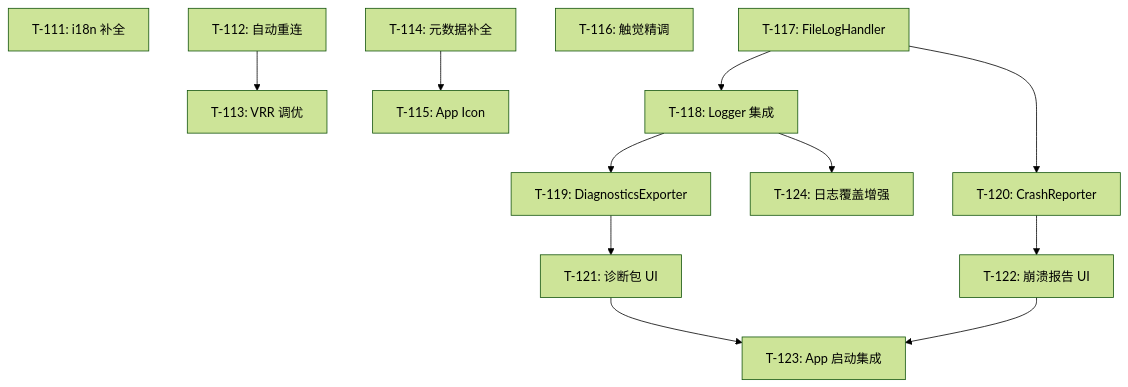
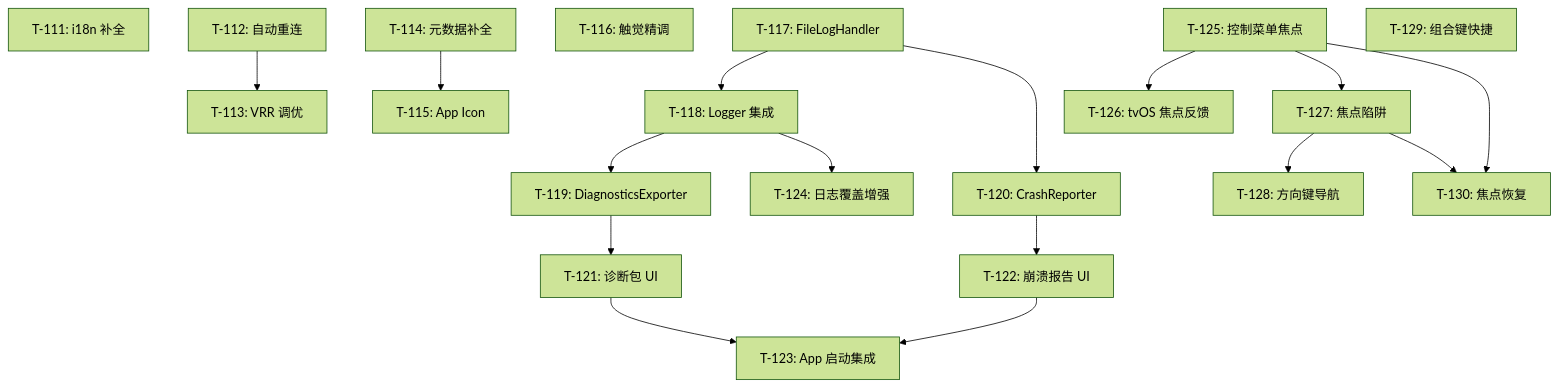
One commit to ab300819/chiaki-apple changed the diagram in docs/devdocs/04-dev-tasks.md. Above: the diagram before and after it, drawn with Mermaid (forest theme). The commit also changed other lines of this file and 2 other files, not shown here.

````diff
--- a/docs/devdocs/04-dev-tasks.md
+++ b/docs/devdocs/04-dev-tasks.md
@@ -315,33 +413,47 @@
 ```mermaid
 graph TD
     T111[T-111: i18n 补全]
     T112[T-112: 自动重连]
     T113[T-113: VRR 调优]
     T114[T-114: 元数据补全]
     T115[T-115: App Icon]
     T116[T-116: 触觉精调]
 
     %% 日志系统任务
     T117[T-117: FileLogHandler]
     T118[T-118: Logger 集成]
     T119[T-119: DiagnosticsExporter]
     T120[T-120: CrashReporter]
     T121[T-121: 诊断包 UI]
     T122[T-122: 崩溃报告 UI]
     T123[T-123: App 启动集成]
     T124[T-124: 日志覆盖增强]
 
     %% 原有依赖
     T112 --> T113
     T114 --> T115
 
     %% 日志系统依赖链
     T117 --> T118
     T117 --> T120
     T118 --> T119
     T118 --> T124
     T119 --> T121
     T120 --> T122
     T121 --> T123
     T122 --> T123
+
+    %% 手柄操作友好化任务
+    T125[T-125: 控制菜单焦点]
+    T126[T-126: tvOS 焦点反馈]
+    T127[T-127: 焦点陷阱]
+    T128[T-128: 方向键导航]
+    T129[T-129: 组合键快捷]
+    T130[T-130: 焦点恢复]
+
+    T125 --> T126
+    T125 --> T127
+    T127 --> T128
+    T125 --> T130
+    T127 --> T130
 ```
````
